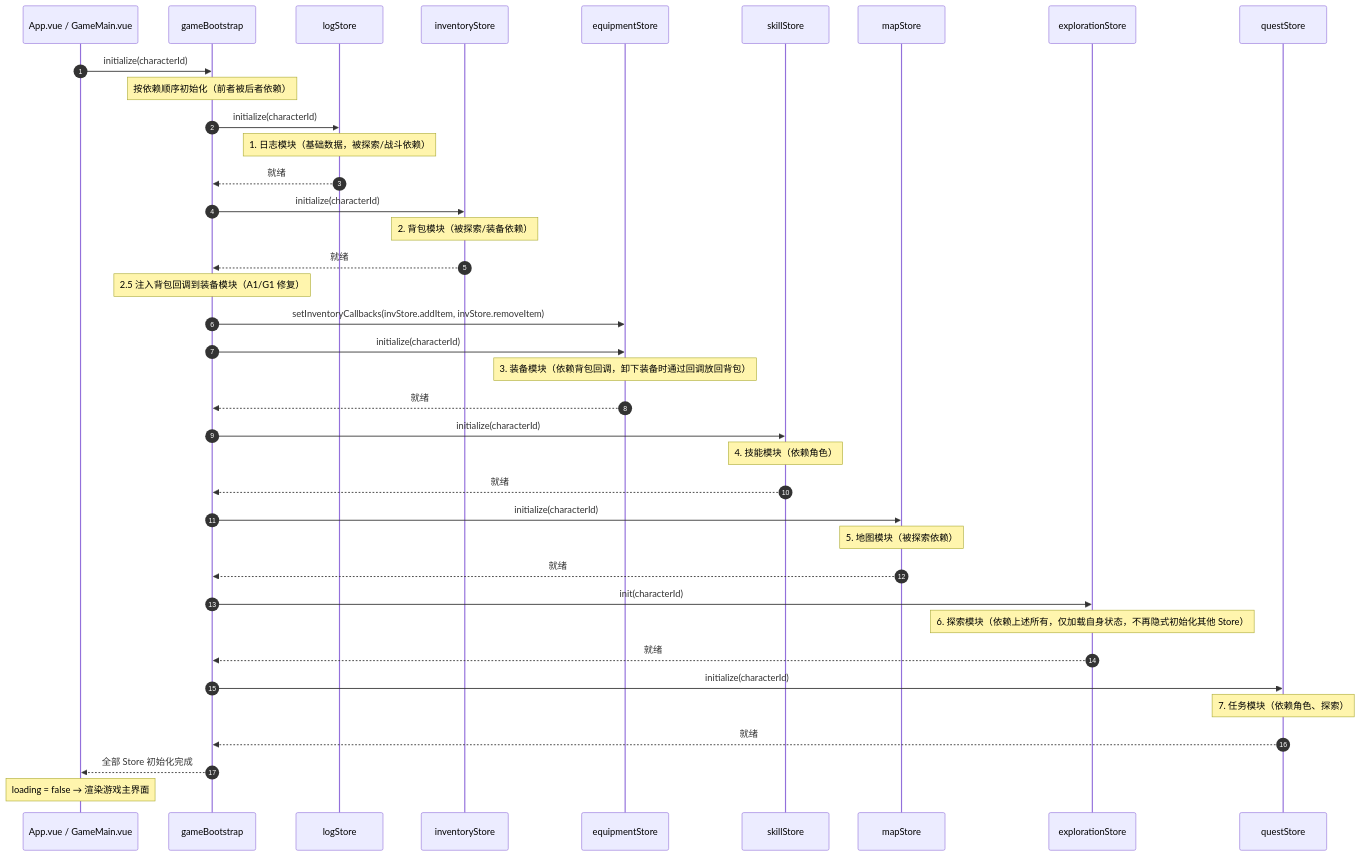
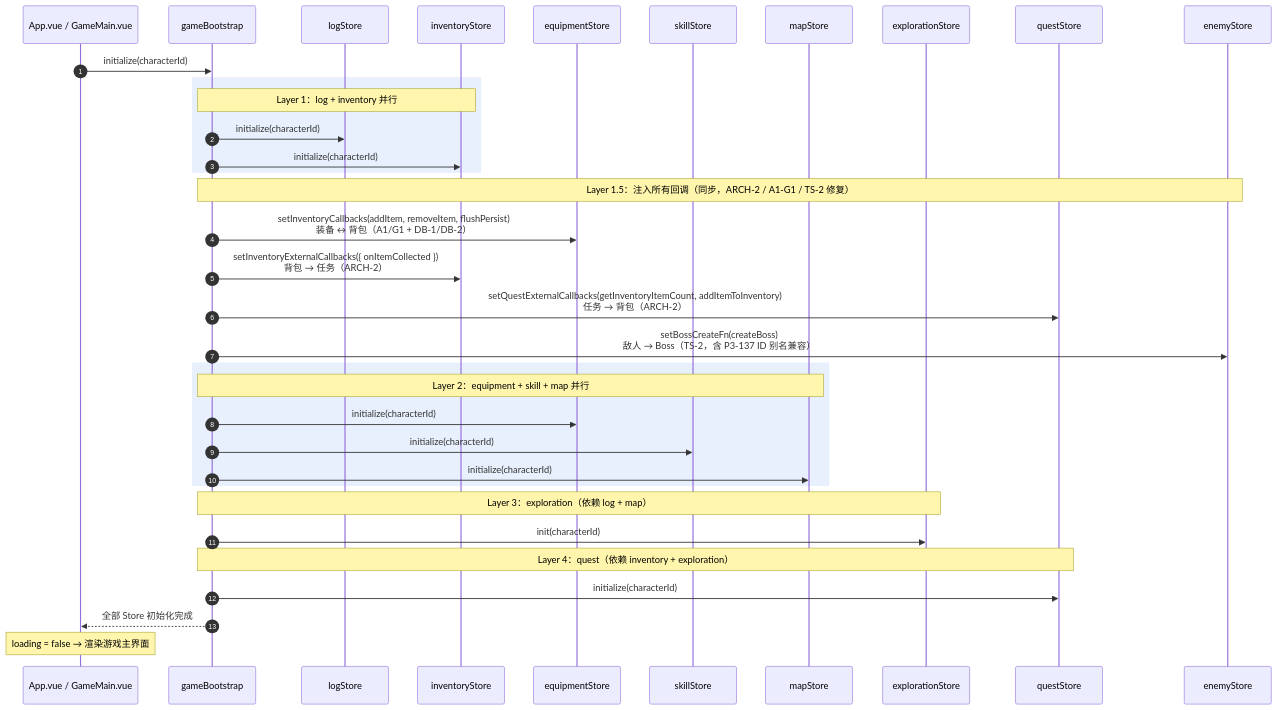
One commit to SonDemigods/wow_dnd changed diagram 16 of 18 in doc/project/BUSINESS_PROCESSES.md. Above: the diagram before and after it, drawn with Mermaid. The commit also changed other lines of this file and 55 other files, not shown here.

````diff
--- a/doc/project/BUSINESS_PROCESSES.md
+++ b/doc/project/BUSINESS_PROCESSES.md
@@ -746,50 +1029,44 @@
 ```mermaid
 sequenceDiagram
     autonumber
     participant App as App.vue / GameMain.vue
     participant GBS as gameBootstrap
     participant Log as logStore
     participant Inv as inventoryStore
     participant Eq as equipmentStore
     participant Skill as skillStore
     participant Map as mapStore
     participant Exp as explorationStore
     participant Quest as questStore
+    participant Enemy as enemyStore
 
     App->>GBS: initialize(characterId)
-    Note over GBS: 按依赖顺序初始化（前者被后者依赖）
 
+    rect rgb(232, 240, 254)
+    Note over GBS,Inv: Layer 1：log + inventory 并行
     GBS->>Log: initialize(characterId)
-    Note over Log: 1. 日志模块（基础数据，被探索/战斗依赖）
-    Log-->>GBS: 就绪
+    GBS->>Inv: initialize(characterId)
+    end
 
-    GBS->>Inv: initialize(characterId)
-    Note over Inv: 2. 背包模块（被探索/装备依赖）
-    Inv-->>GBS: 就绪
+    Note over GBS,Enemy: Layer 1.5：注入所有回调（同步，ARCH-2 / A1-G1 / TS-2 修复）
+    GBS->>Eq: setInventoryCallbacks(addItem, removeItem, flushPersist)<br/>装备 ↔ 背包（A1/G1 + DB-1/DB-2）
+    GBS->>Inv: setInventoryExternalCallbacks({ onItemCollected })<br/>背包 → 任务（ARCH-2）
+    GBS->>Quest: setQuestExternalCallbacks(getInventoryItemCount, addItemToInventory)<br/>任务 → 背包（ARCH-2）
+    GBS->>Enemy: setBossCreateFn(createBoss)<br/>敌人 → Boss（TS-2，含 P3-137 ID 别名兼容）
 
-    Note over GBS: 2.5 注入背包回调到装备模块（A1/G1 修复）
-    GBS->>Eq: setInventoryCallbacks(invStore.addItem, invStore.removeItem)
+    rect rgb(232, 240, 254)
+    Note over GBS,Map: Layer 2：equipment + skill + map 并行
+    GBS->>Eq: initialize(characterId)
+    GBS->>Skill: initialize(characterId)
+    GBS->>Map: initialize(characterId)
+    end
 
-    GBS->>Eq: initialize(characterId)
-    Note over Eq: 3. 装备模块（依赖背包回调，卸下装备时通过回调放回背包）
-    Eq-->>GBS: 就绪
+    Note over GBS,Exp: Layer 3：exploration（依赖 log + map）
+    GBS->>Exp: init(characterId)
 
-    GBS->>Skill: initialize(characterId)
-    Note over Skill: 4. 技能模块（依赖角色）
-    Skill-->>GBS: 就绪
-
-    GBS->>Map: initialize(characterId)
-    Note over Map: 5. 地图模块（被探索依赖）
-    Map-->>GBS: 就绪
-
-    GBS->>Exp: init(characterId)
-    Note over Exp: 6. 探索模块（依赖上述所有，仅加载自身状态，不再隐式初始化其他 Store）
-    Exp-->>GBS: 就绪
-
+    Note over GBS,Quest: Layer 4：quest（依赖 inventory + exploration）
     GBS->>Quest: initialize(characterId)
-    Note over Quest: 7. 任务模块（依赖角色、探索）
-    Quest-->>GBS: 就绪
 
     GBS-->>App: 全部 Store 初始化完成
     Note over App: loading = false → 渲染游戏主界面
 ```
````
